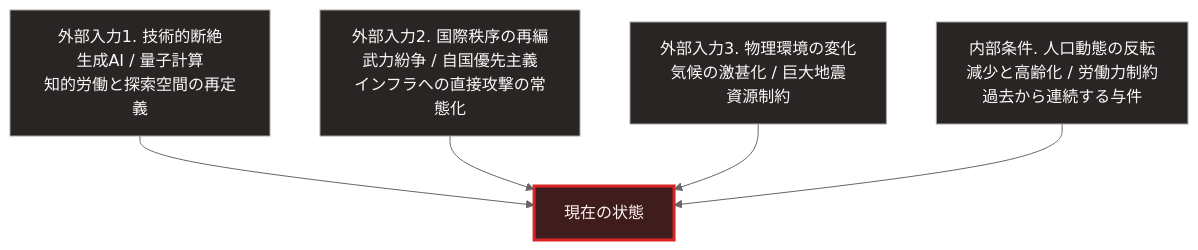
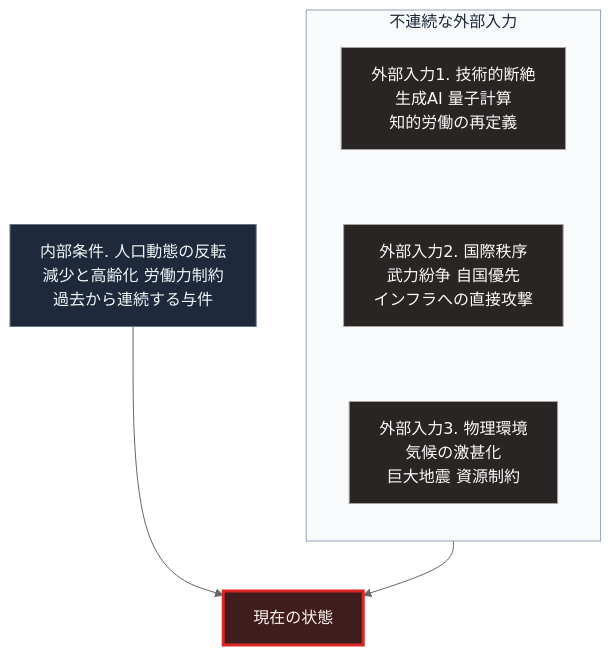
One commit to Takenori-Kusaka/zenn-content changed the second of 3 diagrams in books/sovereign-resilience-blueprint/00_tldr.md. Above: the diagram before and after it, drawn with Mermaid (neutral theme). The commit also changed other lines of this file and 114 other files, not shown here.

````diff
--- a/books/sovereign-resilience-blueprint/00_tldr.md
+++ b/books/sovereign-resilience-blueprint/00_tldr.md
@@ -83,18 +73,18 @@
 ```mermaid
 flowchart TD
-    E1[外部入力1. 技術的断絶<br>生成AI / 量子計算<br>知的労働と探索空間の再定義]
-    E2[外部入力2. 国際秩序の再編<br>武力紛争 / 自国優先主義<br>インフラへの直接攻撃の常態化]
-    E3[外部入力3. 物理環境の変化<br>気候の激甚化 / 巨大地震<br>資源制約]
-    E4[内部条件. 人口動態の反転<br>減少と高齢化 / 労働力制約<br>過去から連続する与件]
+    subgraph G[不連続な外部入力]
+        direction TB
+        E1[外部入力1. 技術的断絶<br>生成AI 量子計算<br>知的労働の再定義] ~~~ E2[外部入力2. 国際秩序<br>武力紛争 自国優先<br>インフラへの直接攻撃]
+        E2 ~~~ E3[外部入力3. 物理環境<br>気候の激甚化<br>巨大地震 資源制約]
+    end
+    I[内部条件. 人口動態の反転<br>減少と高齢化 労働力制約<br>過去から連続する与件]
+    G --> P[現在の状態]
+    I --> P
 
-    E1 --> P[現在の状態]
-    E2 --> P
-    E3 --> P
-    E4 --> P
-
+    style G fill:#f8fafc,stroke:#94a3b8,color:#1e293b
     style E1 fill:#292524,stroke:#a8a29e,color:#fafaf9
     style E2 fill:#292524,stroke:#a8a29e,color:#fafaf9
     style E3 fill:#292524,stroke:#a8a29e,color:#fafaf9
-    style E4 fill:#292524,stroke:#a8a29e,color:#fafaf9
+    style I fill:#1e293b,stroke:#64748b,color:#f1f5f9
     style P fill:#3f1d1d,stroke:#dc2626,stroke-width:3px,color:#fef2f2
 ```
````
